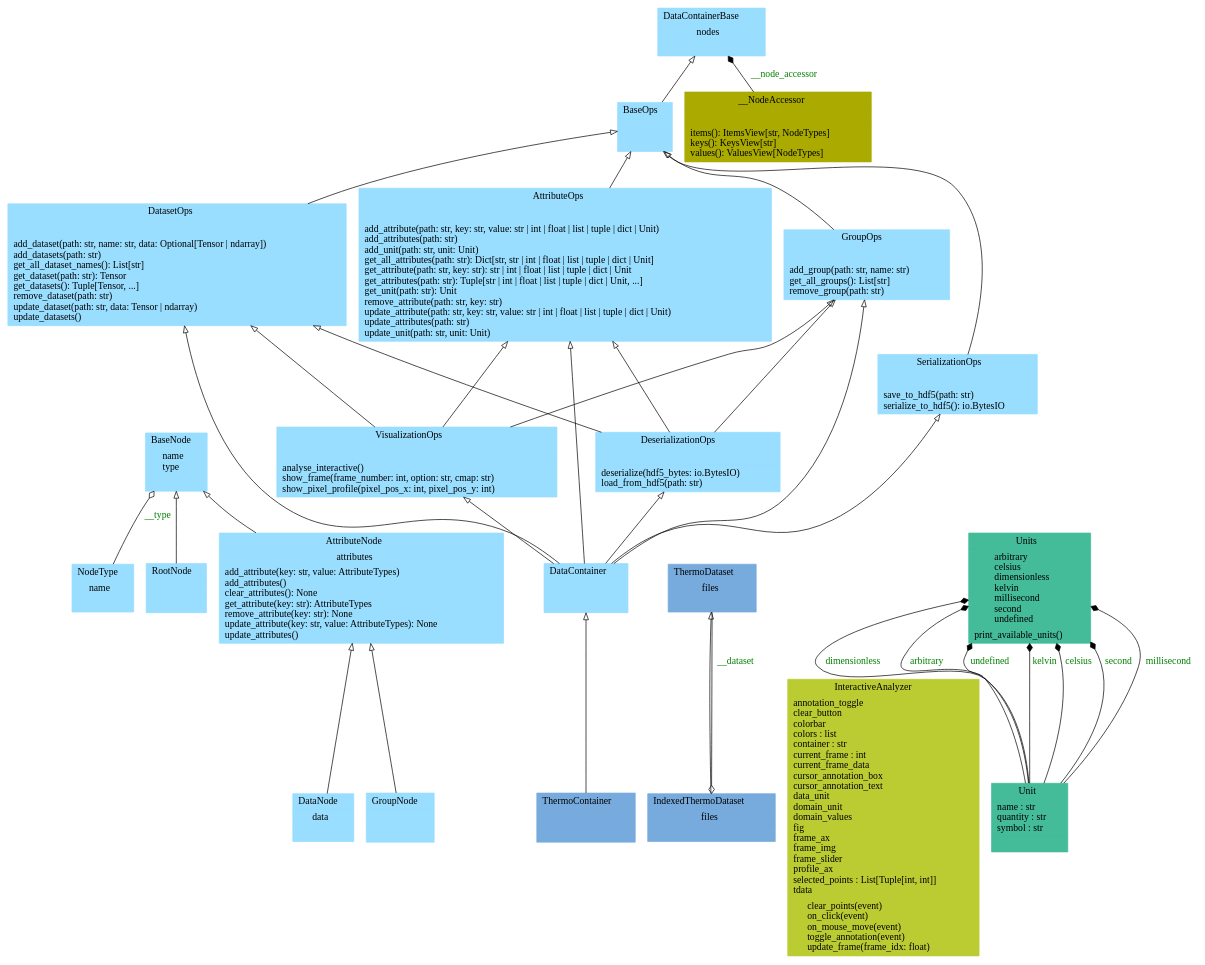
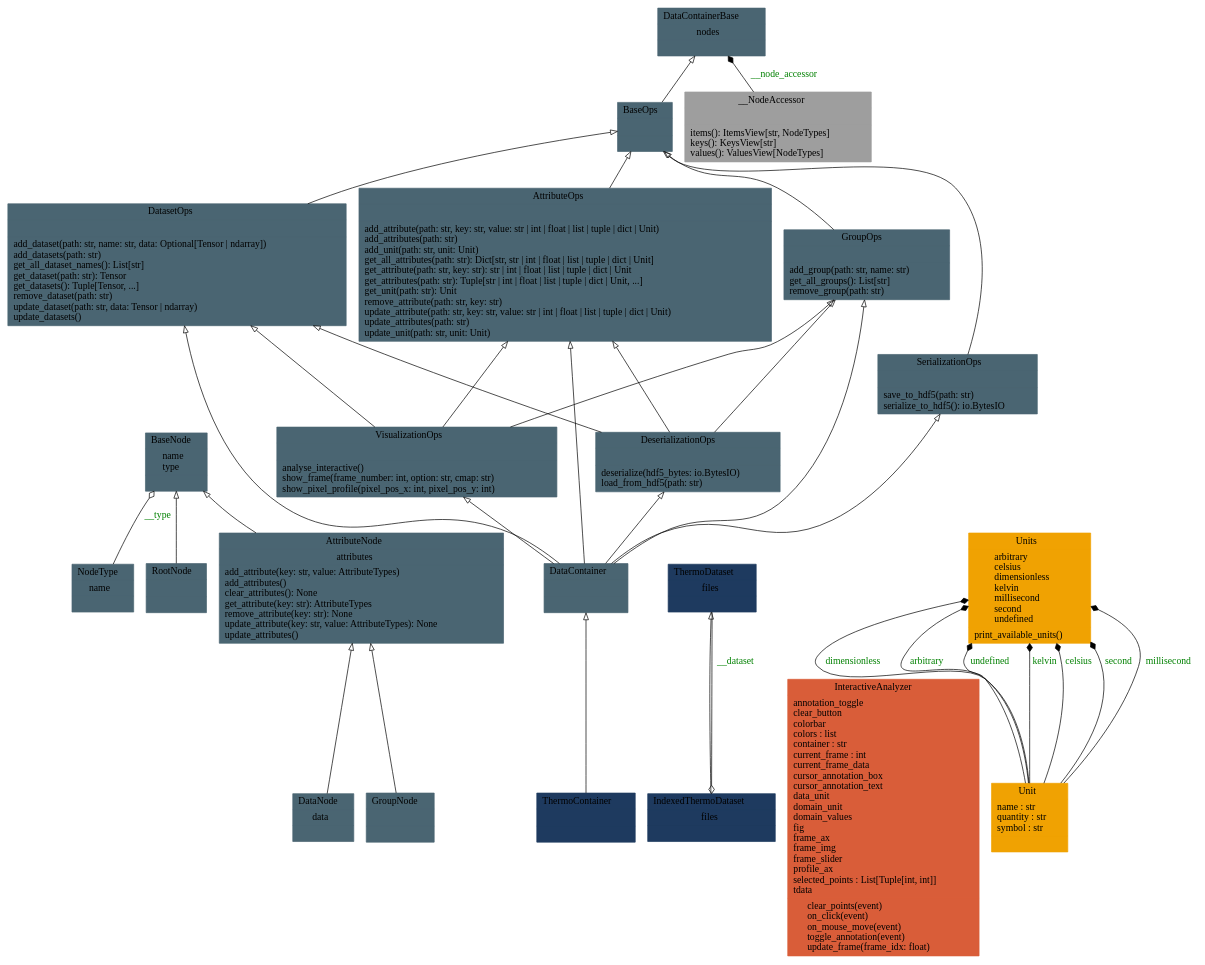
The diagram in docs/pyreverse/classes_pythermondt.data.gv (voidsy-gmbh/pyThermoNDT), drawn with Graphviz before and after one commit. The commit also changed 25 other files, not shown here.

Commit message:
Update pyreverse diagrams

```diff
--- a/docs/pyreverse/classes_pythermondt.data.gv
+++ b/docs/pyreverse/classes_pythermondt.data.gv
@@ -1,28 +1,28 @@
 digraph "classes_pythermondt.data" {
 rankdir=BT
 charset="utf-8"
-"pythermondt.data.datacontainer.node.AttributeNode" [color="#99DDFF", fontcolor="black", label=<{AttributeNode|attributes<br ALIGN="LEFT"/>|add_attribute(key: str, value: AttributeTypes)<br ALIGN="LEFT"/>add_attributes()<br ALIGN="LEFT"/>clear_attributes(): None<br ALIGN="LEFT"/>get_attribute(key: str): AttributeTypes<br ALIGN="LEFT"/>remove_attribute(key: str): None<br ALIGN="LEFT"/>update_attribute(key: str, value: AttributeTypes): None<br ALIGN="LEFT"/>update_attributes()<br ALIGN="LEFT"/>}>, shape="record", style="filled"];
-"pythermondt.data.datacontainer.attribute_ops.AttributeOps" [color="#99DDFF", fontcolor="black", label=<{AttributeOps|<br ALIGN="LEFT"/>|add_attribute(path: str, key: str, value: str \| int \| float \| list \| tuple \| dict \| Unit)<br ALIGN="LEFT"/>add_attributes(path: str)<br ALIGN="LEFT"/>add_unit(path: str, unit: Unit)<br ALIGN="LEFT"/>get_all_attributes(path: str): Dict[str, str \| int \| float \| list \| tuple \| dict \| Unit]<br ALIGN="LEFT"/>get_attribute(path: str, key: str): str \| int \| float \| list \| tuple \| dict \| Unit<br ALIGN="LEFT"/>get_attributes(path: str): Tuple[str \| int \| float \| list \| tuple \| dict \| Unit, ...]<br ALIGN="LEFT"/>get_unit(path: str): Unit<br ALIGN="LEFT"/>remove_attribute(path: str, key: str)<br ALIGN="LEFT"/>update_attribute(path: str, key: str, value: str \| int \| float \| list \| tuple \| dict \| Unit)<br ALIGN="LEFT"/>update_attributes(path: str)<br ALIGN="LEFT"/>update_unit(path: str, unit: Unit)<br ALIGN="LEFT"/>}>, shape="record", style="filled"];
-"pythermondt.data.datacontainer.node.BaseNode" [color="#99DDFF", fontcolor="black", label=<{BaseNode|name<br ALIGN="LEFT"/>type<br ALIGN="LEFT"/>|}>, shape="record", style="filled"];
-"pythermondt.data.datacontainer.base.BaseOps" [color="#99DDFF", fontcolor="black", label=<{BaseOps|<br ALIGN="LEFT"/>|}>, shape="record", style="filled"];
-"pythermondt.data.datacontainer.core.DataContainer" [color="#99DDFF", fontcolor="black", label=<{DataContainer|<br ALIGN="LEFT"/>|}>, shape="record", style="filled"];
-"pythermondt.data.datacontainer.base.DataContainerBase" [color="#99DDFF", fontcolor="black", label=<{DataContainerBase|nodes<br ALIGN="LEFT"/>|}>, shape="record", style="filled"];
-"pythermondt.data.datacontainer.node.DataNode" [color="#99DDFF", fontcolor="black", label=<{DataNode|data<br ALIGN="LEFT"/>|}>, shape="record", style="filled"];
-"pythermondt.data.datacontainer.dataset_ops.DatasetOps" [color="#99DDFF", fontcolor="black", label=<{DatasetOps|<br ALIGN="LEFT"/>|add_dataset(path: str, name: str, data: Optional[Tensor \| ndarray])<br ALIGN="LEFT"/>add_datasets(path: str)<br ALIGN="LEFT"/>get_all_dataset_names(): List[str]<br ALIGN="LEFT"/>get_dataset(path: str): Tensor<br ALIGN="LEFT"/>get_datasets(): Tuple[Tensor, ...]<br ALIGN="LEFT"/>remove_dataset(path: str)<br ALIGN="LEFT"/>update_dataset(path: str, data: Tensor \| ndarray)<br ALIGN="LEFT"/>update_datasets()<br ALIGN="LEFT"/>}>, shape="record", style="filled"];
-"pythermondt.data.datacontainer.serialization_ops.DeserializationOps" [color="#99DDFF", fontcolor="black", label=<{DeserializationOps|<br ALIGN="LEFT"/>|deserialize(hdf5_bytes: io.BytesIO)<br ALIGN="LEFT"/>load_from_hdf5(path: str)<br ALIGN="LEFT"/>}>, shape="record", style="filled"];
-"pythermondt.data.datacontainer.node.GroupNode" [color="#99DDFF", fontcolor="black", label=<{GroupNode|<br ALIGN="LEFT"/>|}>, shape="record", style="filled"];
-"pythermondt.data.datacontainer.group_ops.GroupOps" [color="#99DDFF", fontcolor="black", label=<{GroupOps|<br ALIGN="LEFT"/>|add_group(path: str, name: str)<br ALIGN="LEFT"/>get_all_groups(): List[str]<br ALIGN="LEFT"/>remove_group(path: str)<br ALIGN="LEFT"/>}>, shape="record", style="filled"];
-"pythermondt.data.thermo_dataset.IndexedThermoDataset" [color="#77AADD", fontcolor="black", label=<{IndexedThermoDataset|files<br ALIGN="LEFT"/>|}>, shape="record", style="filled"];
-"pythermondt.data.datacontainer.visualization_ops.VisualizationOps.InteractiveAnalyzer" [color="#BBCC33", fontcolor="black", label=<{InteractiveAnalyzer|annotation_toggle<br ALIGN="LEFT"/>clear_button<br ALIGN="LEFT"/>colorbar<br ALIGN="LEFT"/>colors : list<br ALIGN="LEFT"/>container : str<br ALIGN="LEFT"/>current_frame : int<br ALIGN="LEFT"/>current_frame_data<br ALIGN="LEFT"/>cursor_annotation_box<br ALIGN="LEFT"/>cursor_annotation_text<br ALIGN="LEFT"/>data_unit<br ALIGN="LEFT"/>domain_unit<br ALIGN="LEFT"/>domain_values<br ALIGN="LEFT"/>fig<br ALIGN="LEFT"/>frame_ax<br ALIGN="LEFT"/>frame_img<br ALIGN="LEFT"/>frame_slider<br ALIGN="LEFT"/>profile_ax<br ALIGN="LEFT"/>selected_points : List[Tuple[int, int]]<br ALIGN="LEFT"/>tdata<br ALIGN="LEFT"/>|clear_points(event)<br ALIGN="LEFT"/>on_click(event)<br ALIGN="LEFT"/>on_mouse_move(event)<br ALIGN="LEFT"/>toggle_annotation(event)<br ALIGN="LEFT"/>update_frame(frame_idx: float)<br ALIGN="LEFT"/>}>, shape="record", style="filled"];
-"pythermondt.data.datacontainer.node.NodeType" [color="#99DDFF", fontcolor="black", label=<{NodeType|name<br ALIGN="LEFT"/>|}>, shape="record", style="filled"];
-"pythermondt.data.datacontainer.node.RootNode" [color="#99DDFF", fontcolor="black", label=<{RootNode|<br ALIGN="LEFT"/>|}>, shape="record", style="filled"];
-"pythermondt.data.datacontainer.serialization_ops.SerializationOps" [color="#99DDFF", fontcolor="black", label=<{SerializationOps|<br ALIGN="LEFT"/>|save_to_hdf5(path: str)<br ALIGN="LEFT"/>serialize_to_hdf5(): io.BytesIO<br ALIGN="LEFT"/>}>, shape="record", style="filled"];
-"pythermondt.data.thermo_container.ThermoContainer" [color="#77AADD", fontcolor="black", label=<{ThermoContainer|<br ALIGN="LEFT"/>|}>, shape="record", style="filled"];
-"pythermondt.data.thermo_dataset.ThermoDataset" [color="#77AADD", fontcolor="black", label=<{ThermoDataset|files<br ALIGN="LEFT"/>|}>, shape="record", style="filled"];
-"pythermondt.data.units._unit.Unit" [color="#44BB99", fontcolor="black", label=<{Unit|name : str<br ALIGN="LEFT"/>quantity : str<br ALIGN="LEFT"/>symbol : str<br ALIGN="LEFT"/>|}>, shape="record", style="filled"];
-"pythermondt.data.units.units.Units" [color="#44BB99", fontcolor="black", label=<{Units|arbitrary<br ALIGN="LEFT"/>celsius<br ALIGN="LEFT"/>dimensionless<br ALIGN="LEFT"/>kelvin<br ALIGN="LEFT"/>millisecond<br ALIGN="LEFT"/>second<br ALIGN="LEFT"/>undefined<br ALIGN="LEFT"/>|print_available_units()<br ALIGN="LEFT"/>}>, shape="record", style="filled"];
-"pythermondt.data.datacontainer.visualization_ops.VisualizationOps" [color="#99DDFF", fontcolor="black", label=<{VisualizationOps|<br ALIGN="LEFT"/>|analyse_interactive()<br ALIGN="LEFT"/>show_frame(frame_number: int, option: str, cmap: str)<br ALIGN="LEFT"/>show_pixel_profile(pixel_pos_x: int, pixel_pos_y: int)<br ALIGN="LEFT"/>}>, shape="record", style="filled"];
-"pythermondt.data.datacontainer.base.DataContainerBase.__NodeAccessor" [color="#AAAA00", fontcolor="black", label=<{__NodeAccessor|<br ALIGN="LEFT"/>|items(): ItemsView[str, NodeTypes]<br ALIGN="LEFT"/>keys(): KeysView[str]<br ALIGN="LEFT"/>values(): ValuesView[NodeTypes]<br ALIGN="LEFT"/>}>, shape="record", style="filled"];
+"pythermondt.data.datacontainer.node.AttributeNode" [color="#4A6572", fontcolor="black", label=<{AttributeNode|attributes<br ALIGN="LEFT"/>|add_attribute(key: str, value: AttributeTypes)<br ALIGN="LEFT"/>add_attributes()<br ALIGN="LEFT"/>clear_attributes(): None<br ALIGN="LEFT"/>get_attribute(key: str): AttributeTypes<br ALIGN="LEFT"/>remove_attribute(key: str): None<br ALIGN="LEFT"/>update_attribute(key: str, value: AttributeTypes): None<br ALIGN="LEFT"/>update_attributes()<br ALIGN="LEFT"/>}>, shape="record", style="filled"];
+"pythermondt.data.datacontainer.attribute_ops.AttributeOps" [color="#4A6572", fontcolor="black", label=<{AttributeOps|<br ALIGN="LEFT"/>|add_attribute(path: str, key: str, value: str \| int \| float \| list \| tuple \| dict \| Unit)<br ALIGN="LEFT"/>add_attributes(path: str)<br ALIGN="LEFT"/>add_unit(path: str, unit: Unit)<br ALIGN="LEFT"/>get_all_attributes(path: str): Dict[str, str \| int \| float \| list \| tuple \| dict \| Unit]<br ALIGN="LEFT"/>get_attribute(path: str, key: str): str \| int \| float \| list \| tuple \| dict \| Unit<br ALIGN="LEFT"/>get_attributes(path: str): Tuple[str \| int \| float \| list \| tuple \| dict \| Unit, ...]<br ALIGN="LEFT"/>get_unit(path: str): Unit<br ALIGN="LEFT"/>remove_attribute(path: str, key: str)<br ALIGN="LEFT"/>update_attribute(path: str, key: str, value: str \| int \| float \| list \| tuple \| dict \| Unit)<br ALIGN="LEFT"/>update_attributes(path: str)<br ALIGN="LEFT"/>update_unit(path: str, unit: Unit)<br ALIGN="LEFT"/>}>, shape="record", style="filled"];
+"pythermondt.data.datacontainer.node.BaseNode" [color="#4A6572", fontcolor="black", label=<{BaseNode|name<br ALIGN="LEFT"/>type<br ALIGN="LEFT"/>|}>, shape="record", style="filled"];
+"pythermondt.data.datacontainer.base.BaseOps" [color="#4A6572", fontcolor="black", label=<{BaseOps|<br ALIGN="LEFT"/>|}>, shape="record", style="filled"];
+"pythermondt.data.datacontainer.core.DataContainer" [color="#4A6572", fontcolor="black", label=<{DataContainer|<br ALIGN="LEFT"/>|}>, shape="record", style="filled"];
+"pythermondt.data.datacontainer.base.DataContainerBase" [color="#4A6572", fontcolor="black", label=<{DataContainerBase|nodes<br ALIGN="LEFT"/>|}>, shape="record", style="filled"];
+"pythermondt.data.datacontainer.node.DataNode" [color="#4A6572", fontcolor="black", label=<{DataNode|data<br ALIGN="LEFT"/>|}>, shape="record", style="filled"];
+"pythermondt.data.datacontainer.dataset_ops.DatasetOps" [color="#4A6572", fontcolor="black", label=<{DatasetOps|<br ALIGN="LEFT"/>|add_dataset(path: str, name: str, data: Optional[Tensor \| ndarray])<br ALIGN="LEFT"/>add_datasets(path: str)<br ALIGN="LEFT"/>get_all_dataset_names(): List[str]<br ALIGN="LEFT"/>get_dataset(path: str): Tensor<br ALIGN="LEFT"/>get_datasets(): Tuple[Tensor, ...]<br ALIGN="LEFT"/>remove_dataset(path: str)<br ALIGN="LEFT"/>update_dataset(path: str, data: Tensor \| ndarray)<br ALIGN="LEFT"/>update_datasets()<br ALIGN="LEFT"/>}>, shape="record", style="filled"];
+"pythermondt.data.datacontainer.serialization_ops.DeserializationOps" [color="#4A6572", fontcolor="black", label=<{DeserializationOps|<br ALIGN="LEFT"/>|deserialize(hdf5_bytes: io.BytesIO)<br ALIGN="LEFT"/>load_from_hdf5(path: str)<br ALIGN="LEFT"/>}>, shape="record", style="filled"];
+"pythermondt.data.datacontainer.node.GroupNode" [color="#4A6572", fontcolor="black", label=<{GroupNode|<br ALIGN="LEFT"/>|}>, shape="record", style="filled"];
+"pythermondt.data.datacontainer.group_ops.GroupOps" [color="#4A6572", fontcolor="black", label=<{GroupOps|<br ALIGN="LEFT"/>|add_group(path: str, name: str)<br ALIGN="LEFT"/>get_all_groups(): List[str]<br ALIGN="LEFT"/>remove_group(path: str)<br ALIGN="LEFT"/>}>, shape="record", style="filled"];
+"pythermondt.data.thermo_dataset.IndexedThermoDataset" [color="#1E3A5F", fontcolor="black", label=<{IndexedThermoDataset|files<br ALIGN="LEFT"/>|}>, shape="record", style="filled"];
+"pythermondt.data.datacontainer.visualization_ops.VisualizationOps.InteractiveAnalyzer" [color="#D95D39", fontcolor="black", label=<{InteractiveAnalyzer|annotation_toggle<br ALIGN="LEFT"/>clear_button<br ALIGN="LEFT"/>colorbar<br ALIGN="LEFT"/>colors : list<br ALIGN="LEFT"/>container : str<br ALIGN="LEFT"/>current_frame : int<br ALIGN="LEFT"/>current_frame_data<br ALIGN="LEFT"/>cursor_annotation_box<br ALIGN="LEFT"/>cursor_annotation_text<br ALIGN="LEFT"/>data_unit<br ALIGN="LEFT"/>domain_unit<br ALIGN="LEFT"/>domain_values<br ALIGN="LEFT"/>fig<br ALIGN="LEFT"/>frame_ax<br ALIGN="LEFT"/>frame_img<br ALIGN="LEFT"/>frame_slider<br ALIGN="LEFT"/>profile_ax<br ALIGN="LEFT"/>selected_points : List[Tuple[int, int]]<br ALIGN="LEFT"/>tdata<br ALIGN="LEFT"/>|clear_points(event)<br ALIGN="LEFT"/>on_click(event)<br ALIGN="LEFT"/>on_mouse_move(event)<br ALIGN="LEFT"/>toggle_annotation(event)<br ALIGN="LEFT"/>update_frame(frame_idx: float)<br ALIGN="LEFT"/>}>, shape="record", style="filled"];
+"pythermondt.data.datacontainer.node.NodeType" [color="#4A6572", fontcolor="black", label=<{NodeType|name<br ALIGN="LEFT"/>|}>, shape="record", style="filled"];
+"pythermondt.data.datacontainer.node.RootNode" [color="#4A6572", fontcolor="black", label=<{RootNode|<br ALIGN="LEFT"/>|}>, shape="record", style="filled"];
+"pythermondt.data.datacontainer.serialization_ops.SerializationOps" [color="#4A6572", fontcolor="black", label=<{SerializationOps|<br ALIGN="LEFT"/>|save_to_hdf5(path: str)<br ALIGN="LEFT"/>serialize_to_hdf5(): io.BytesIO<br ALIGN="LEFT"/>}>, shape="record", style="filled"];
+"pythermondt.data.thermo_container.ThermoContainer" [color="#1E3A5F", fontcolor="black", label=<{ThermoContainer|<br ALIGN="LEFT"/>|}>, shape="record", style="filled"];
+"pythermondt.data.thermo_dataset.ThermoDataset" [color="#1E3A5F", fontcolor="black", label=<{ThermoDataset|files<br ALIGN="LEFT"/>|}>, shape="record", style="filled"];
+"pythermondt.data.units._unit.Unit" [color="#F0A202", fontcolor="black", label=<{Unit|name : str<br ALIGN="LEFT"/>quantity : str<br ALIGN="LEFT"/>symbol : str<br ALIGN="LEFT"/>|}>, shape="record", style="filled"];
+"pythermondt.data.units.units.Units" [color="#F0A202", fontcolor="black", label=<{Units|arbitrary<br ALIGN="LEFT"/>celsius<br ALIGN="LEFT"/>dimensionless<br ALIGN="LEFT"/>kelvin<br ALIGN="LEFT"/>millisecond<br ALIGN="LEFT"/>second<br ALIGN="LEFT"/>undefined<br ALIGN="LEFT"/>|print_available_units()<br ALIGN="LEFT"/>}>, shape="record", style="filled"];
+"pythermondt.data.datacontainer.visualization_ops.VisualizationOps" [color="#4A6572", fontcolor="black", label=<{VisualizationOps|<br ALIGN="LEFT"/>|analyse_interactive()<br ALIGN="LEFT"/>show_frame(frame_number: int, option: str, cmap: str)<br ALIGN="LEFT"/>show_pixel_profile(pixel_pos_x: int, pixel_pos_y: int)<br ALIGN="LEFT"/>}>, shape="record", style="filled"];
+"pythermondt.data.datacontainer.base.DataContainerBase.__NodeAccessor" [color="#9E9E9E", fontcolor="black", label=<{__NodeAccessor|<br ALIGN="LEFT"/>|items(): ItemsView[str, NodeTypes]<br ALIGN="LEFT"/>keys(): KeysView[str]<br ALIGN="LEFT"/>values(): ValuesView[NodeTypes]<br ALIGN="LEFT"/>}>, shape="record", style="filled"];
 "pythermondt.data.datacontainer.attribute_ops.AttributeOps" -> "pythermondt.data.datacontainer.base.BaseOps" [arrowhead="empty", arrowtail="none"];
 "pythermondt.data.datacontainer.base.BaseOps" -> "pythermondt.data.datacontainer.base.DataContainerBase" [arrowhead="empty", arrowtail="none"];
 "pythermondt.data.datacontainer.core.DataContainer" -> "pythermondt.data.datacontainer.attribute_ops.AttributeOps" [arrowhead="empty", arrowtail="none"];
```
